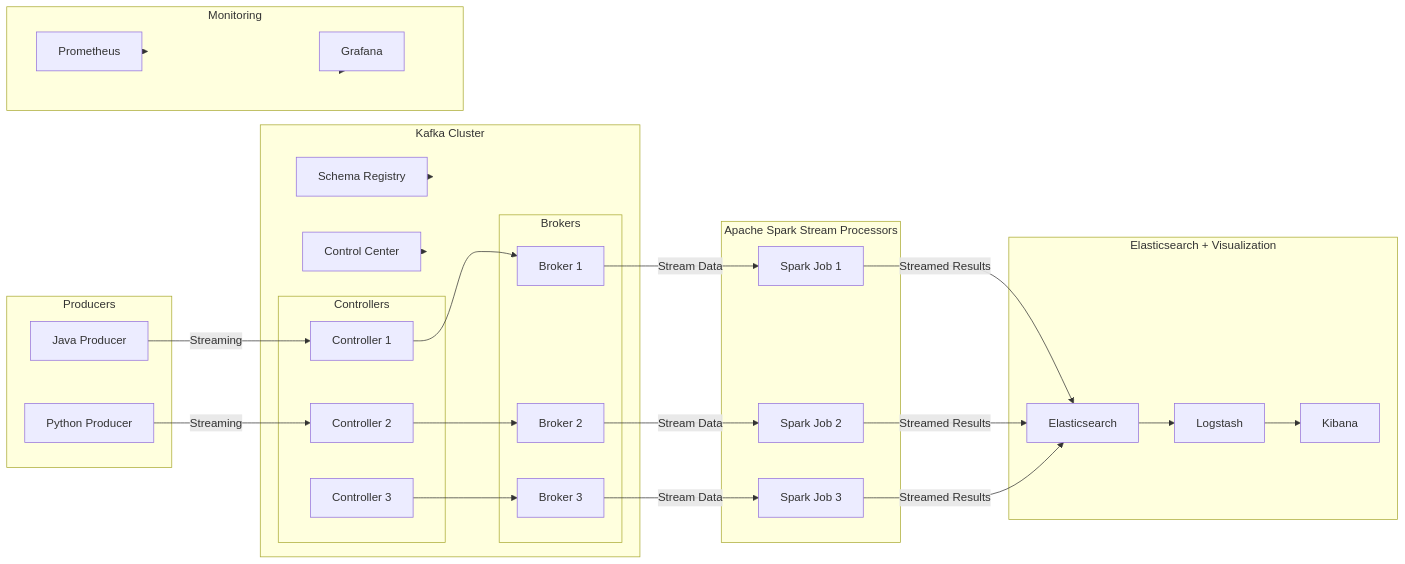
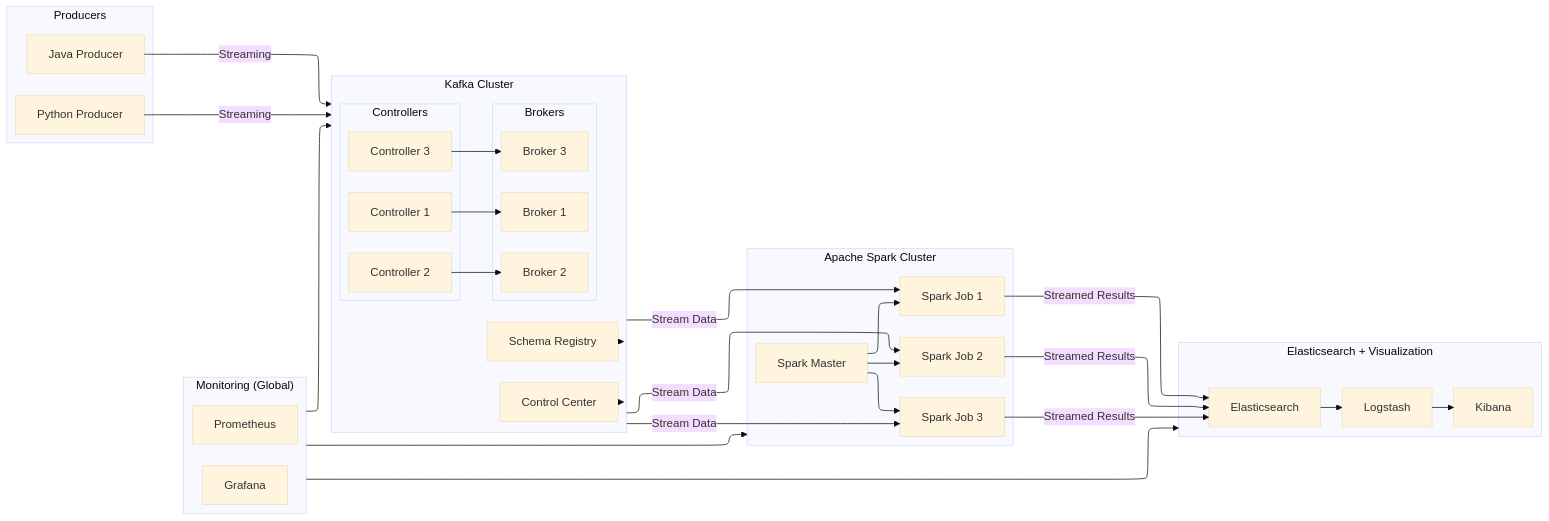
The diagram in README.md (TejasJay/stream-1b-records-kafka-spark), drawn with Mermaid before and after one commit.

````diff
--- a/README.md
+++ b/README.md
@@ -3,56 +3,59 @@
 ```mermaid
+---
+config:
+  layout: elk
+  theme: base
+---
 flowchart LR
-    subgraph Producers
-        java[Java Producer]
-        python[Python Producer]
-    end
-
-    subgraph Kafka["Kafka Cluster"]
-        subgraph Controllers
-            C1[Controller 1]
-            C2[Controller 2]
-            C3[Controller 3]
-        end
-        subgraph Brokers
-            B1[Broker 1]
-            B2[Broker 2]
-            B3[Broker 3]
-        end
-        Schema[Schema Registry]
-        Control[Control Center]
-    end
-
-    subgraph StreamProcessing["Apache Spark Stream Processors"]
-        S1[Spark Job 1]
-        S2[Spark Job 2]
-        S3[Spark Job 3]
-    end
-
-    subgraph ElasticStack["Elasticsearch + Visualization"]
-        ES[Elasticsearch]
-        Logstash
-        Kibana
-    end
-
-    subgraph Monitoring
-        Prometheus
-        Grafana
-    end
-
-    java -->|Streaming| C1
-    python -->|Streaming| C2
+ subgraph Producers["Producers"]
+        java["Java Producer"]
+        python["Python Producer"]
+  end
+ subgraph Controllers["Controllers"]
+        C1["Controller 1"]
+        C2["Controller 2"]
+        C3["Controller 3"]
+  end
+ subgraph Brokers["Brokers"]
+        B1["Broker 1"]
+        B2["Broker 2"]
+        B3["Broker 3"]
+  end
+ subgraph Kafka["Kafka Cluster"]
+        Controllers
+        Brokers
+        Schema["Schema Registry"]
+        Control["Control Center"]
+  end
+ subgraph StreamProcessing["Apache Spark Cluster"]
+        Master["Spark Master"]
+        S1["Spark Job 1"]
+        S2["Spark Job 2"]
+        S3["Spark Job 3"]
+  end
+ subgraph ElasticStack["Elasticsearch + Visualization"]
+        ES["Elasticsearch"]
+        Logstash["Logstash"]
+        Kibana["Kibana"]
+  end
+ subgraph Monitoring["Monitoring (Global)"]
+        Prometheus["Prometheus"]
+        Grafana["Grafana"]
+  end
+    java -- Streaming --> Kafka
+    python -- Streaming --> Kafka
     C1 --> B1
     C2 --> B2
     C3 --> B3
     Schema --> Kafka
     Control --> Kafka
-    B1 -->|Stream Data| S1
-    B2 -->|Stream Data| S2
-    B3 -->|Stream Data| S3
-    S1 -->|Streamed Results| ES
-    S2 -->|Streamed Results| ES
-    S3 -->|Streamed Results| ES
-    ES --> Logstash --> Kibana
-    Prometheus --> Monitoring
-    Grafana --> Monitoring
+    Kafka -- Stream Data --> S1 & S2 & S3
+    Master --> S1 & S2 & S3
+    S1 -- Streamed Results --> ES
+    S2 -- Streamed Results --> ES
+    S3 -- Streamed Results --> ES
+    ES --> Logstash
+    Logstash --> Kibana
+    Monitoring --> Kafka & StreamProcessing & ElasticStack
+
 ```
````
